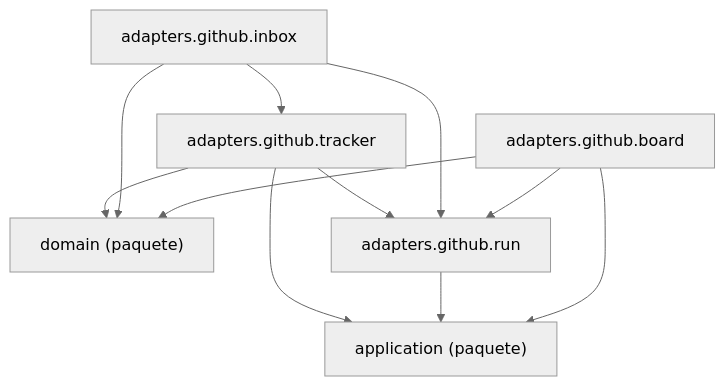
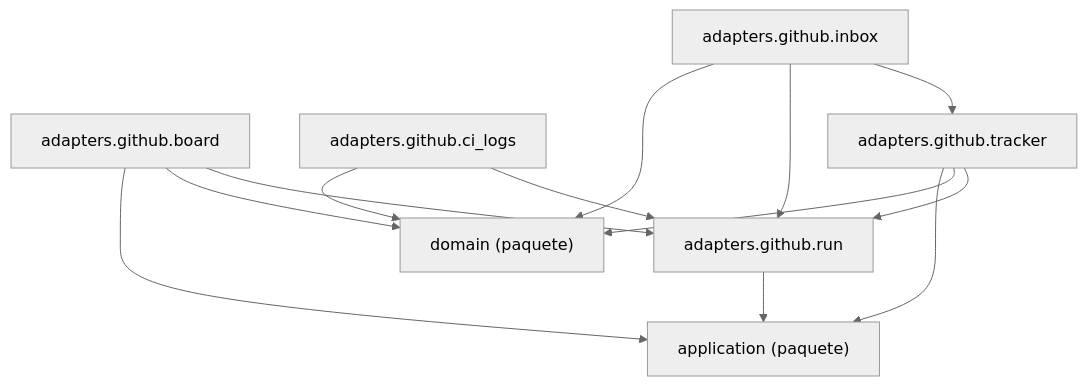
The diagram in docs/architecture/generated/packages-process-adapters-github.md (GonzaloZevallos/agentic-system), drawn with Mermaid (neutral theme) before and after one commit. The commit also changed 15 other files, not shown here.

````diff
--- a/docs/architecture/generated/packages-process-adapters-github.md
+++ b/docs/architecture/generated/packages-process-adapters-github.md
@@ -14,19 +14,22 @@
 ```mermaid
 graph TD
     g_pkg__application["application (paquete)"]
     g_pkg__domain["domain (paquete)"]
     m_adapters__github__board["adapters.github.board"]
+    m_adapters__github__ci_logs["adapters.github.ci_logs"]
     m_adapters__github__inbox["adapters.github.inbox"]
     m_adapters__github__run["adapters.github.run"]
     m_adapters__github__tracker["adapters.github.tracker"]
     m_adapters__github__board --> g_pkg__application
     m_adapters__github__board --> g_pkg__domain
     m_adapters__github__board --> m_adapters__github__run
+    m_adapters__github__ci_logs --> g_pkg__domain
+    m_adapters__github__ci_logs --> m_adapters__github__run
     m_adapters__github__inbox --> g_pkg__domain
     m_adapters__github__inbox --> m_adapters__github__run
     m_adapters__github__inbox --> m_adapters__github__tracker
     m_adapters__github__run --> g_pkg__application
     m_adapters__github__tracker --> g_pkg__application
     m_adapters__github__tracker --> g_pkg__domain
     m_adapters__github__tracker --> m_adapters__github__run
 ```
````
